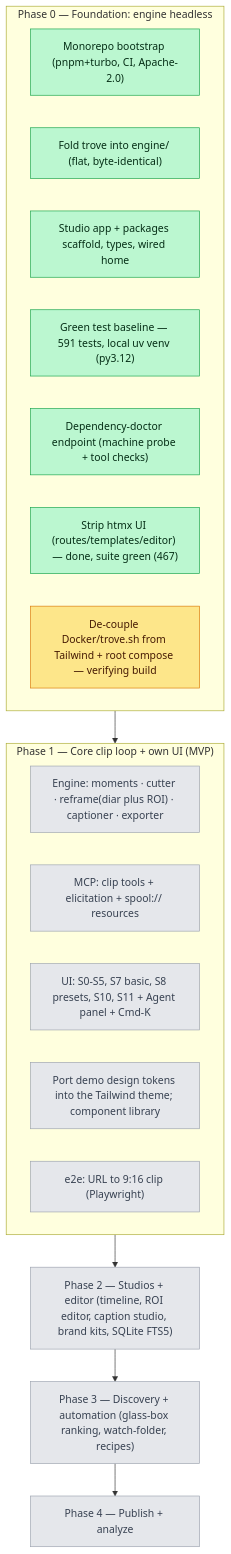
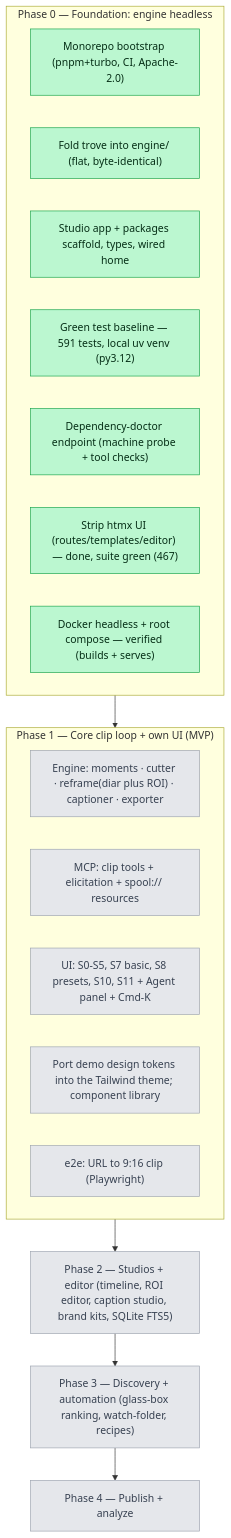
The diagram in docs/PROGRESS.md (afk1997/spool-editor), drawn with Mermaid before and after one commit. The commit also changed other lines of this file and 2 other files, not shown here.

````diff
--- a/docs/PROGRESS.md
+++ b/docs/PROGRESS.md
@@ -11,28 +11,28 @@
 ```mermaid
 graph TD
     subgraph P0["Phase 0 — Foundation: engine headless"]
       B0["Monorepo bootstrap (pnpm+turbo, CI, Apache-2.0)"]:::done
       B1["Fold trove into engine/ (flat, byte-identical)"]:::done
       B2["Studio app + packages scaffold, types, wired home"]:::done
       B3["Green test baseline — 591 tests, local uv venv (py3.12)"]:::done
       B5["Dependency-doctor endpoint (machine probe + tool checks)"]:::done
       B4["Strip htmx UI (routes/templates/editor) — done, suite green (467)"]:::done
-      B6["De-couple Docker/trove.sh from Tailwind + root compose — verifying build"]:::wip
+      B6["Docker headless + root compose — verified (builds + serves)"]:::done
     end
     subgraph P1["Phase 1 — Core clip loop + own UI (MVP)"]
       C1["Engine: moments · cutter · reframe(diar plus ROI) · captioner · exporter"]:::todo
       C2["MCP: clip tools + elicitation + spool:// resources"]:::todo
       C3["UI: S0-S5, S7 basic, S8 presets, S10, S11 + Agent panel + Cmd-K"]:::todo
       C4["Port demo design tokens into the Tailwind theme; component library"]:::todo
       C5["e2e: URL to 9:16 clip (Playwright)"]:::todo
     end
     P2["Phase 2 — Studios + editor (timeline, ROI editor, caption studio, brand kits, SQLite FTS5)"]:::todo
     P3["Phase 3 — Discovery + automation (glass-box ranking, watch-folder, recipes)"]:::todo
     P4["Phase 4 — Publish + analyze"]:::todo
 
     P0 --> P1 --> P2 --> P3 --> P4
 
     classDef done fill:#bbf7d0,stroke:#16a34a,color:#052e16;
     classDef wip  fill:#fde68a,stroke:#d97706,color:#451a03;
     classDef todo fill:#e5e7eb,stroke:#9ca3af,color:#374151;
 ```
````
